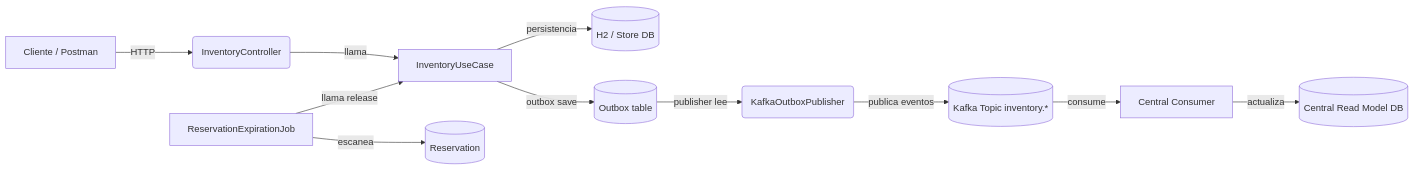
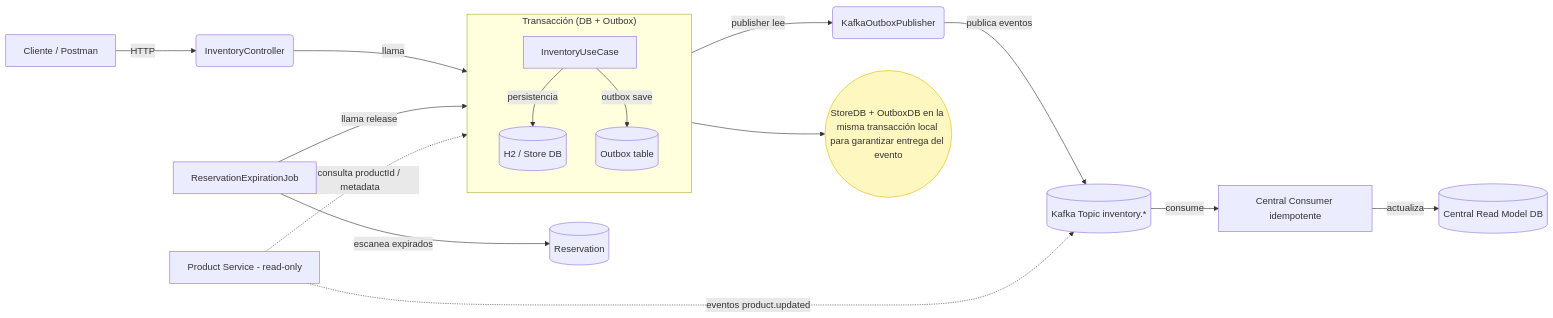
One commit to o0410acut-spec/MELI changed the diagram in docs/architecture-diagram.mmd. Above: the diagram before and after it, drawn with Mermaid. The commit also changed 18 other files, not shown here.

```diff
--- a/docs/architecture-diagram.mmd
+++ b/docs/architecture-diagram.mmd
@@ -1,11 +1,27 @@
 flowchart LR
   UI[Cliente / Postman] -->|HTTP| Controller(InventoryController)
   Controller -->|llama| UseCase[InventoryUseCase]
-  UseCase -->|persistencia| StoreDB[(H2 / Store DB)]
-  UseCase -->|outbox save| OutboxDB[(Outbox table)]
+
+  subgraph TX["Transacción (DB + Outbox)"]
+    direction TB
+    UseCase -->|persistencia| StoreDB[(H2 / Store DB)]
+    UseCase -->|outbox save| OutboxDB[(Outbox table)]
+  end
+
   OutboxDB -->|publisher lee| OutboxPublisher(KafkaOutboxPublisher)
   OutboxPublisher -->|publica eventos| Kafka[(Kafka Topic inventory.*)]
-  Kafka -->|consume| CentralConsumer[Central Consumer]
+  Kafka -->|consume| CentralConsumer[Central Consumer idempotente]
   CentralConsumer -->|actualiza| CentralRead[(Central Read Model DB)]
-  ReservationExpirationJob -->|escanea| ReservationTable[(Reservation)]
+
+  ReservationExpirationJob[ReservationExpirationJob] -->|escanea expirados| ReservationTable[(Reservation)]
   ReservationExpirationJob -->|llama release| UseCase
+
+  %% Product service (read-only) como dependencia externa
+  ProductSvc[Product Service - read-only]
+  ProductSvc -.->|consulta productId / metadata| UseCase
+  ProductSvc -.->|eventos product.updated| Kafka
+
+  %% Leyenda / notas
+  classDef note fill:#fff7c0,stroke:#e6b800;
+  Note((StoreDB + OutboxDB en la misma transacción local para garantizar entrega del evento)):::note
+  UseCase --> Note
```
